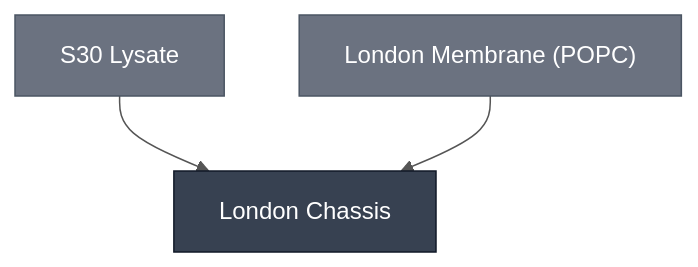
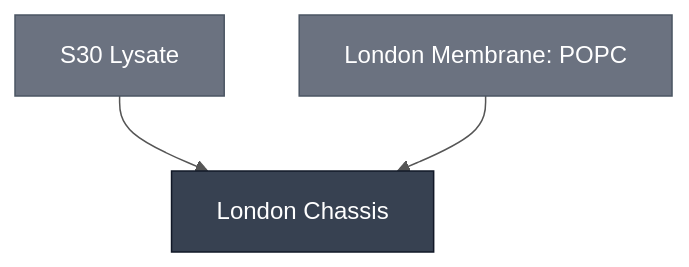
Before and after one commit to nucleus-eng/nucleus-docs: the diagram in docs/modules/london-chassis/spec.md, drawn with Mermaid. The commit also changed 7 other files, not shown here.

````diff
--- a/docs/modules/london-chassis/spec.md
+++ b/docs/modules/london-chassis/spec.md
@@ -23,19 +23,19 @@
 ```mermaid
 %%{init: {'theme': 'base', 'themeVariables': {'lineColor': '#555555', 'edgeLabelBackground': '#ffffff'}}}%%
 flowchart TD
     LONDON_CHASSIS["London Chassis"]
-    MEMBRANE_POPC["London Membrane (POPC)"]
+    MEMBRANE_POPC["London Membrane: POPC"]
     S30_LYSATE["S30 Lysate"]
 
     S30_LYSATE --> LONDON_CHASSIS
     MEMBRANE_POPC --> LONDON_CHASSIS
 
     classDef constituent fill:#6B7280,color:#ffffff,stroke:#4B5563;
     classDef this fill:#374151,color:#ffffff,stroke:#111827;
     class MEMBRANE_POPC,S30_LYSATE constituent;
     class LONDON_CHASSIS this;
 
     click LONDON_CHASSIS "/docs/modules/london-chassis/spec"
     click MEMBRANE_POPC "/docs/modules/membrane-popc/spec"
     click S30_LYSATE "/docs/modules/s30-lysate/spec"
 ```
````
